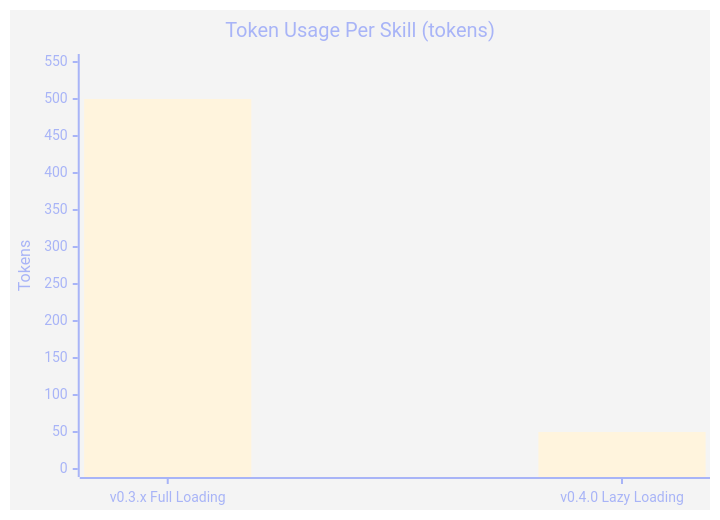
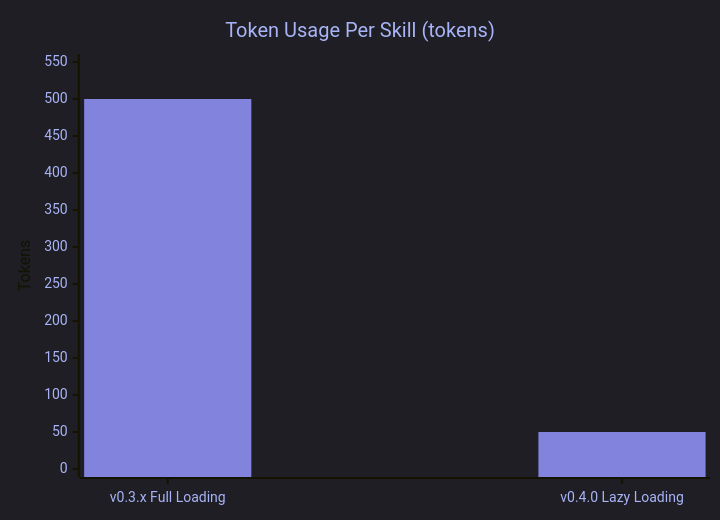
The second of 8 diagrams in benchmarks/charts.md (Oculusnoob/vesper-memory), drawn with Mermaid before and after one commit. The commit also changed other lines of this file, not shown here.

First line of the commit message:
Fix Mermaid charts for dark mode compatibility

````diff
--- a/benchmarks/charts.md
+++ b/benchmarks/charts.md
@@ -26,8 +26,8 @@
 ```mermaid
-%%{init: {'theme':'base', 'themeVariables': { 'primaryColor':'#8183dd', 'primaryTextColor':'#a8b4f7', 'primaryBorderColor':'#6365e7'}}}%%
+%%{init: {'theme':'dark', 'themeVariables': { 'xyChart': {'backgroundColor':'transparent', 'titleColor':'#a8b4f7', 'xAxisLabelColor':'#a8b4f7', 'yAxisLabelColor':'#a8b4f7', 'plotColorPalette':'#8183dd, #6365e7'}}}}%%
 xychart-beta
     title "Token Usage Per Skill (tokens)"
     x-axis ["v0.3.x Full Loading", "v0.4.0 Lazy Loading"]
     y-axis "Tokens" 0 --> 550
     bar "Tokens" [500, 50]
 ```
````
